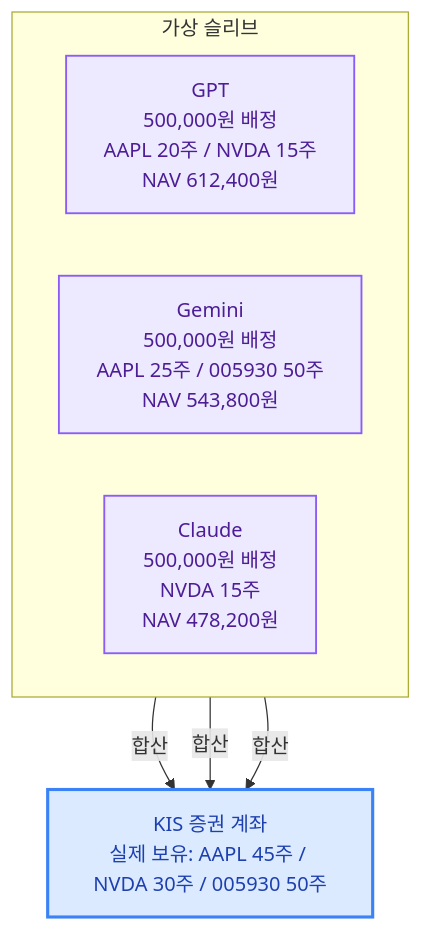
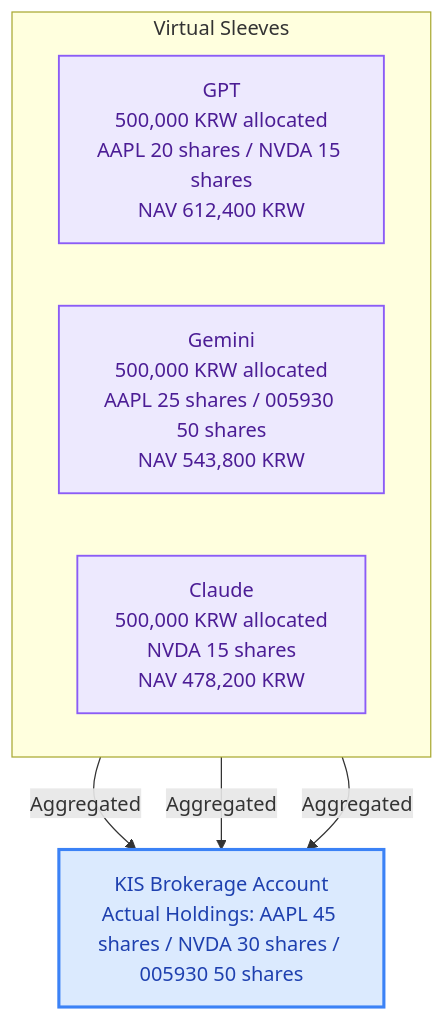
The second of 3 diagrams in README.md (midnightnnn/llm_invest), drawn with Mermaid before and after one commit. The commit also changed other lines of this file and 2 other files, not shown here.

````diff
--- a/README.md
+++ b/README.md
@@ -345,19 +345,19 @@
 ```mermaid
 graph TB
-    ACCOUNT["KIS 증권 계좌\n실제 보유: AAPL 45주 / NVDA 30주 / 005930 50주"]
+    ACCOUNT["KIS Brokerage Account\nActual Holdings: AAPL 45 shares / NVDA 30 shares / 005930 50 shares"]
 
-    subgraph SLEEVES["가상 슬리브"]
+    subgraph SLEEVES["Virtual Sleeves"]
         direction LR
-        GPT["GPT\n500,000원 배정\nAAPL 20주 / NVDA 15주\nNAV 612,400원"]
-        GEM["Gemini\n500,000원 배정\nAAPL 25주 / 005930 50주\nNAV 543,800원"]
-        CLD["Claude\n500,000원 배정\nNVDA 15주\nNAV 478,200원"]
+        GPT["GPT\n500,000 KRW allocated\nAAPL 20 shares / NVDA 15 shares\nNAV 612,400 KRW"]
+        GEM["Gemini\n500,000 KRW allocated\nAAPL 25 shares / 005930 50 shares\nNAV 543,800 KRW"]
+        CLD["Claude\n500,000 KRW allocated\nNVDA 15 shares\nNAV 478,200 KRW"]
     end
 
-    GPT & GEM & CLD -->|"합산"| ACCOUNT
+    GPT & GEM & CLD -->|"Aggregated"| ACCOUNT
 
     classDef account fill:#dbeafe,stroke:#3b82f6,stroke-width:2.5px,color:#1e40af
     classDef sleeve fill:#ede9fe,stroke:#8b5cf6,stroke-width:1.5px,color:#4c1d95
 
     class ACCOUNT account
     class GPT,GEM,CLD sleeve
 ```
````
